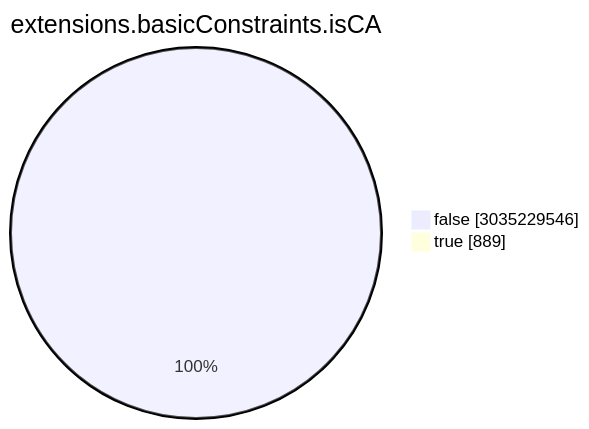
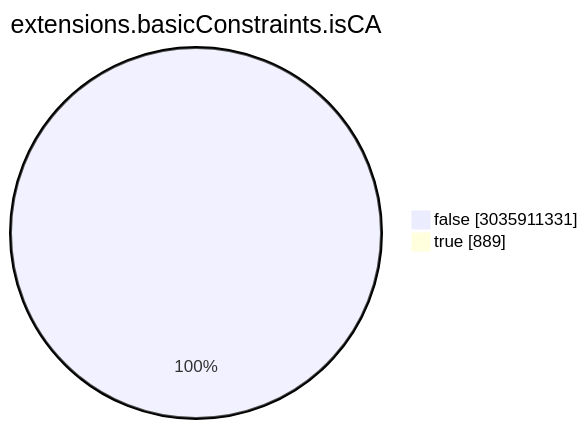
The seventh of 15 diagrams in TOTAL/README.md (christiankrug/ctmonitor_visualization), drawn with Mermaid before and after one commit. The commit also changed other lines of this file, not shown here.

````diff
--- a/TOTAL/README.md
+++ b/TOTAL/README.md
@@ -3088,6 +3088,6 @@
 ```mermaid
 pie showData
 title extensions.basicConstraints.isCA
-"false" :3035229546
+"false" :3035911331
 "true" :889
 ```
````
